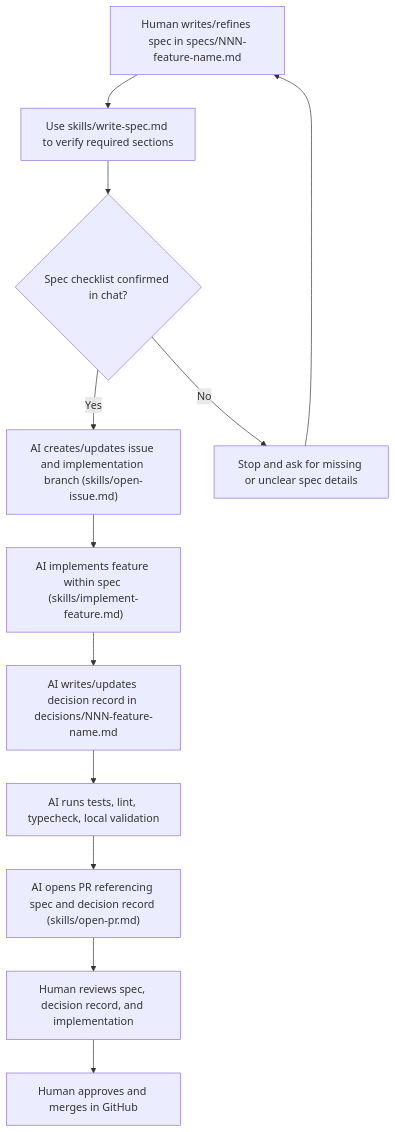
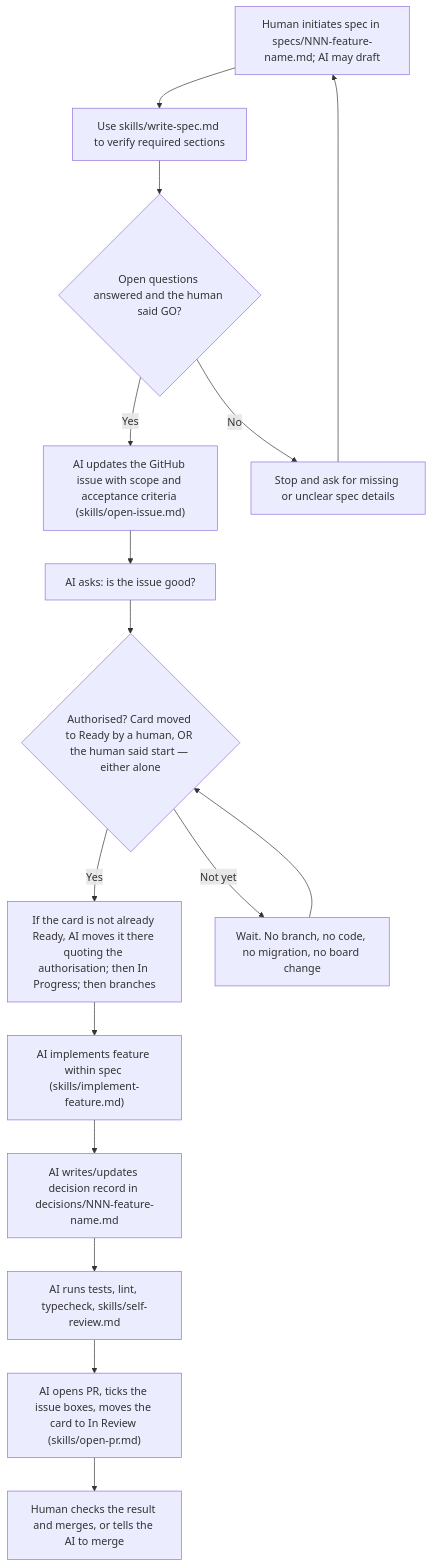
One commit to koodauspaja/footy-trends changed the diagram in README.md. Above: the diagram before and after it, drawn with Mermaid. The commit also changed other lines of this file and 7 other files, not shown here.

````diff
--- a/README.md
+++ b/README.md
@@ -159,18 +159,23 @@
 ```mermaid
 flowchart TD
-  Human_spec["Human writes/refines spec in specs/NNN-feature-name.md"]
+  Human_spec["Human initiates spec in specs/NNN-feature-name.md; AI may draft"]
   Spec_checklist["Use skills/write-spec.md to verify required sections"]
-  Spec_confirmed{Spec checklist confirmed in chat?}
-  AI_issue_branch["AI creates/updates issue and implementation branch (skills/open-issue.md)"]
+  Spec_confirmed{"Open questions answered and the human said GO?"}
+  AI_issue["AI updates the GitHub issue with scope and acceptance criteria (skills/open-issue.md)"]
+  AI_asks["AI asks: is the issue good?"]
+  Human_ready{"Authorised? Card moved to Ready by a human, OR the human said start — either alone"}
+  AI_branch["If the card is not already Ready, AI moves it there quoting the authorisation; then In Progress; then branches"]
   AI_implement["AI implements feature within spec (skills/implement-feature.md)"]
   AI_decision["AI writes/updates decision record in decisions/NNN-feature-name.md"]
-  AI_checks["AI runs tests, lint, typecheck, local validation"]
-  AI_open_pr["AI opens PR referencing spec and decision record (skills/open-pr.md)"]
-  Human_review["Human reviews spec, decision record, and implementation"]
-  Human_merge["Human approves and merges in GitHub"]
+  AI_checks["AI runs tests, lint, typecheck, skills/self-review.md"]
+  AI_open_pr["AI opens PR, ticks the issue boxes, moves the card to In Review (skills/open-pr.md)"]
+  Human_merge["Human checks the result and merges, or tells the AI to merge"]
   Ask_for_info["Stop and ask for missing or unclear spec details"]
+  Wait["Wait. No branch, no code, no migration, no board change"]
 
   Human_spec --> Spec_checklist --> Spec_confirmed
-  Spec_confirmed -->|Yes| AI_issue_branch --> AI_implement --> AI_decision --> AI_checks --> AI_open_pr --> Human_review --> Human_merge
+  Spec_confirmed -->|Yes| AI_issue --> AI_asks --> Human_ready
   Spec_confirmed -->|No| Ask_for_info --> Human_spec
+  Human_ready -->|Yes| AI_branch --> AI_implement --> AI_decision --> AI_checks --> AI_open_pr --> Human_merge
+  Human_ready -->|"Not yet"| Wait --> Human_ready
 ```
````
